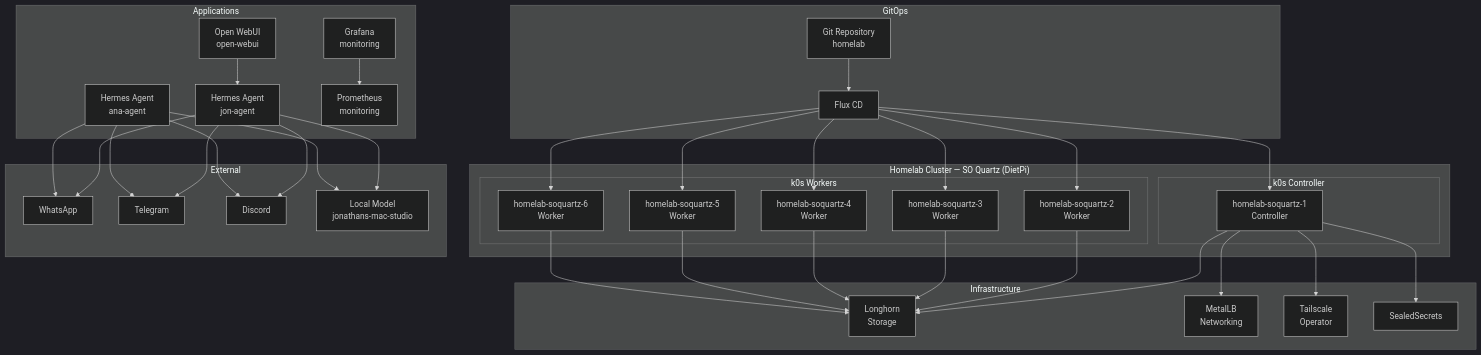
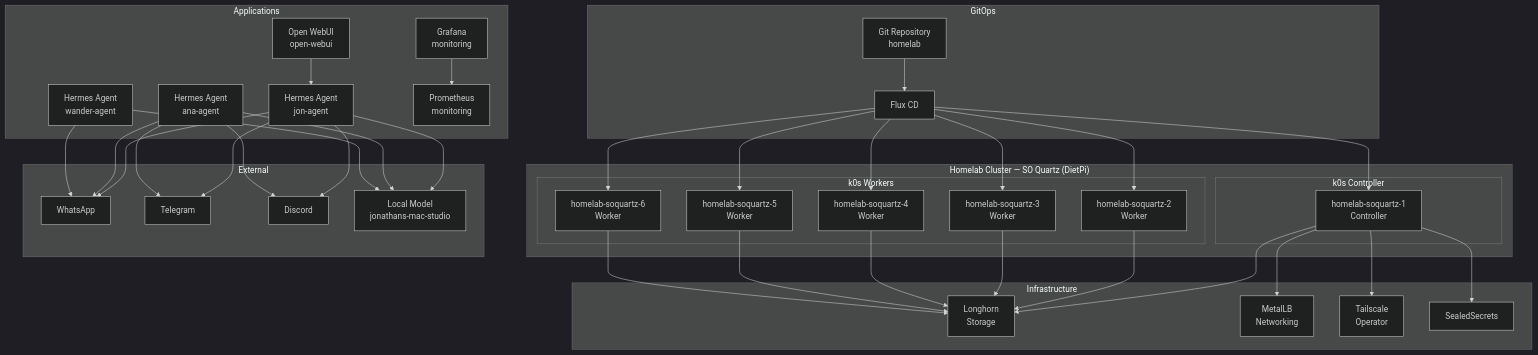
One commit to jregeimbal/homelab changed the diagram in README.md. Above: the diagram before and after it, drawn with Mermaid (dark theme). The commit also changed other lines of this file and 8 other files, not shown here.

First line of the commit message:
feat: add Wander Agent (wander-agent namespace)

````diff
--- a/README.md
+++ b/README.md
@@ -7,73 +7,76 @@
 ```mermaid
 graph TB
     subgraph "Homelab Cluster — SO Quartz (DietPi)"
         subgraph "k0s Controller"
             C1[homelab-soquartz-1<br/>Controller]
         end
         subgraph "k0s Workers"
             W1[homelab-soquartz-2<br/>Worker]
             W2[homelab-soquartz-3<br/>Worker]
             W3[homelab-soquartz-4<br/>Worker]
             W4[homelab-soquartz-5<br/>Worker]
             W5[homelab-soquartz-6<br/>Worker]
         end
     end
 
     subgraph "GitOps"
         REPO[Git Repository<br/>homelab]
         FLUX[Flux CD]
     end
 
     subgraph "Infrastructure"
         LS[Longhorn<br/>Storage]
         ML[MetalLB<br/>Networking]
         TS[Tailscale<br/>Operator]
         SS[SealedSecrets]
     end
 
     subgraph "Applications"
         HERMES_J[Hermes Agent<br/>jon-agent]
         HERMES_A[Hermes Agent<br/>ana-agent]
+        HERMES_W[Hermes Agent<br/>wander-agent]
         OW[Open WebUI<br/>open-webui]
         PROM[Prometheus<br/>monitoring]
         GRAF[Grafana<br/>monitoring]
     end
 
     subgraph "External"
         WA[WhatsApp]
         TG[Telegram]
         DC[Discord]
         MODEL[Local Model<br/>jonathans-mac-studio]
     end
 
     REPO --> FLUX
     FLUX --> C1
     FLUX --> W1
     FLUX --> W2
     FLUX --> W3
     FLUX --> W4
     FLUX --> W5
 
     C1 --> LS
     C1 --> ML
     C1 --> TS
     C1 --> SS
 
     W1 --> LS
     W2 --> LS
     W3 --> LS
     W4 --> LS
     W5 --> LS
 
     HERMES_J --> WA
     HERMES_J --> TG
     HERMES_J --> DC
     HERMES_J --> MODEL
     HERMES_A --> WA
     HERMES_A --> TG
     HERMES_A --> DC
     HERMES_A --> MODEL
+    HERMES_W --> WA
+    HERMES_W --> MODEL
 
     OW --> HERMES_J
     GRAF --> PROM
 ```
````
